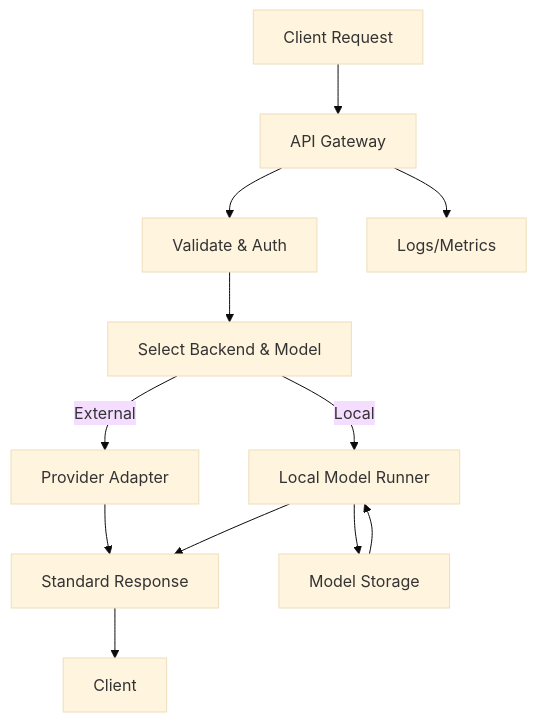
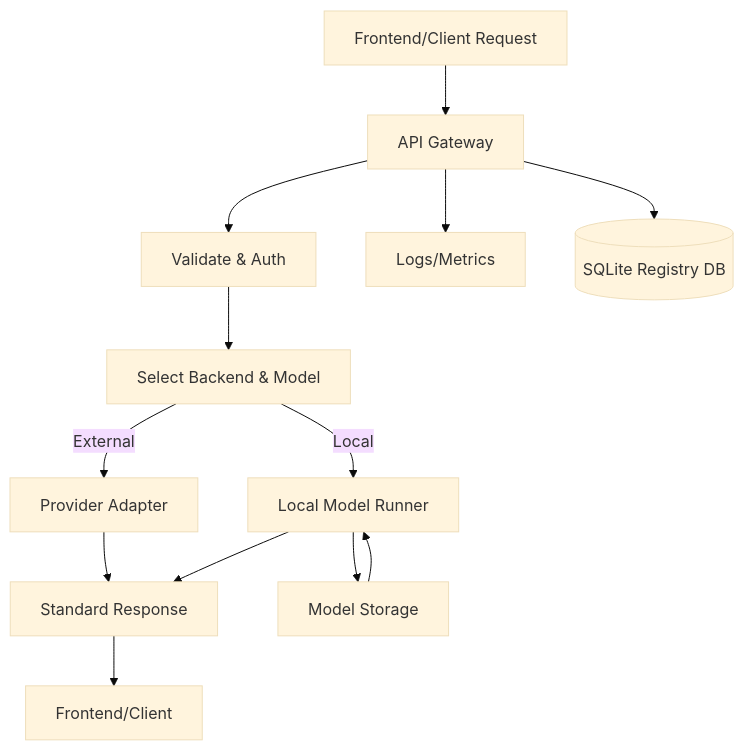
One commit to pluggably/llm_api changed the third of 3 diagrams in docs/architecture/system_architecture.md. Above: the diagram before and after it, drawn with Mermaid (base theme). The commit also changed other lines of this file and 119 other files, not shown here.

````diff
--- a/docs/architecture/system_architecture.md
+++ b/docs/architecture/system_architecture.md
@@ -72,14 +83,15 @@
 ```mermaid
 graph TD
-    Req[Client Request] --> Gateway[API Gateway]
+    Req[Frontend/Client Request] --> Gateway[API Gateway]
     Gateway --> Validate[Validate & Auth]
     Validate --> Select[Select Backend & Model]
     Select -->|External| Adapter[Provider Adapter]
     Select -->|Local| Runner[Local Model Runner]
     Adapter --> Resp[Standard Response]
     Runner --> Resp
-    Resp --> Client[Client]
+    Resp --> Client[Frontend/Client]
     Runner --> Storage[Model Storage]
     Storage --> Runner
     Gateway --> Logs[Logs/Metrics]
+    Gateway --> RegistryDB[(SQLite Registry DB)]
 ```
````
